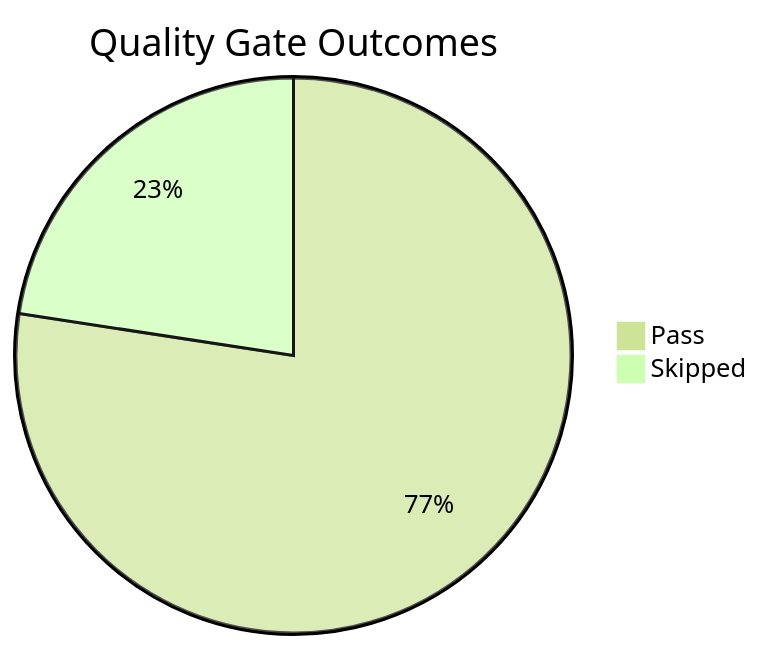
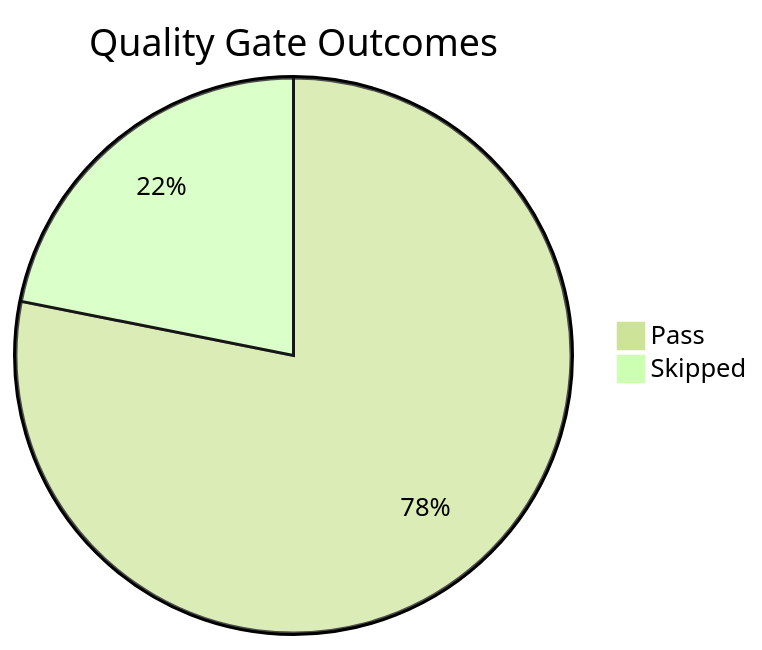
One commit to yeongseon/azure-app-service-practical-guide changed the diagram in docs/meta/golden-status.md. Above: the diagram before and after it, drawn with Mermaid (forest theme). The commit also changed other lines of this file and 5 other files, not shown here.

````diff
--- a/docs/meta/golden-status.md
+++ b/docs/meta/golden-status.md
@@ -42,5 +42,5 @@
 ```mermaid
 pie title Quality Gate Outcomes
-    "Pass" : 24
+    "Pass" : 25
     "Skipped" : 7
 ```
````
